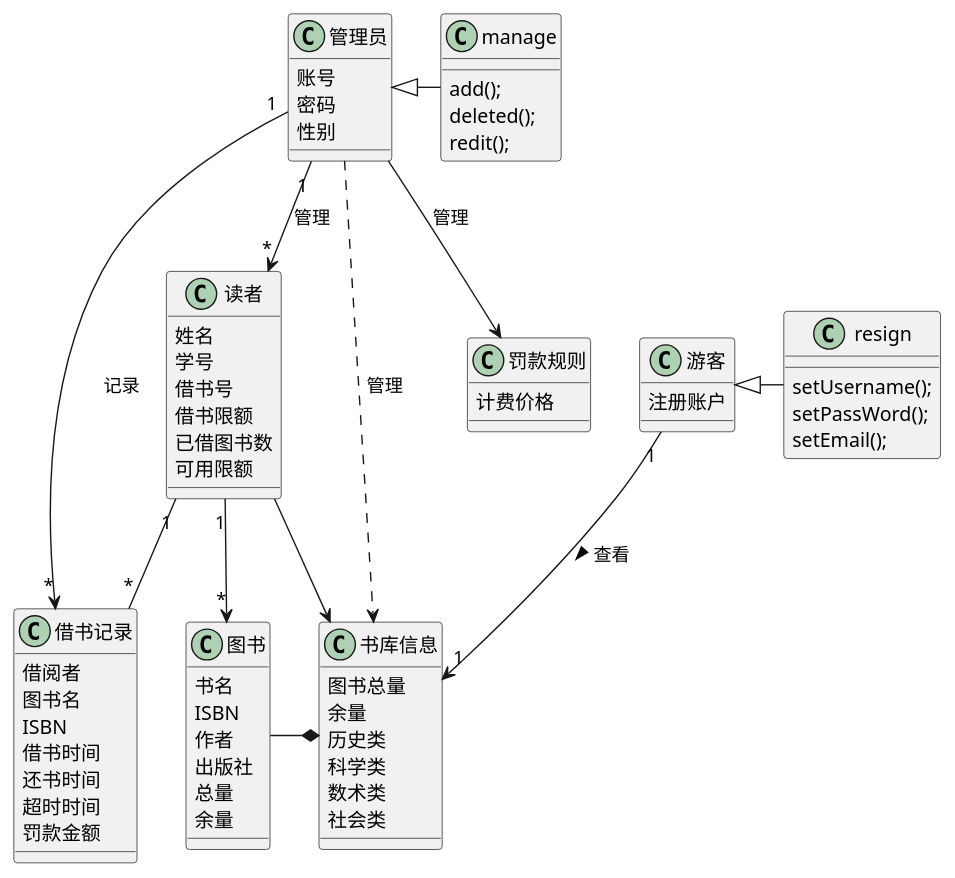
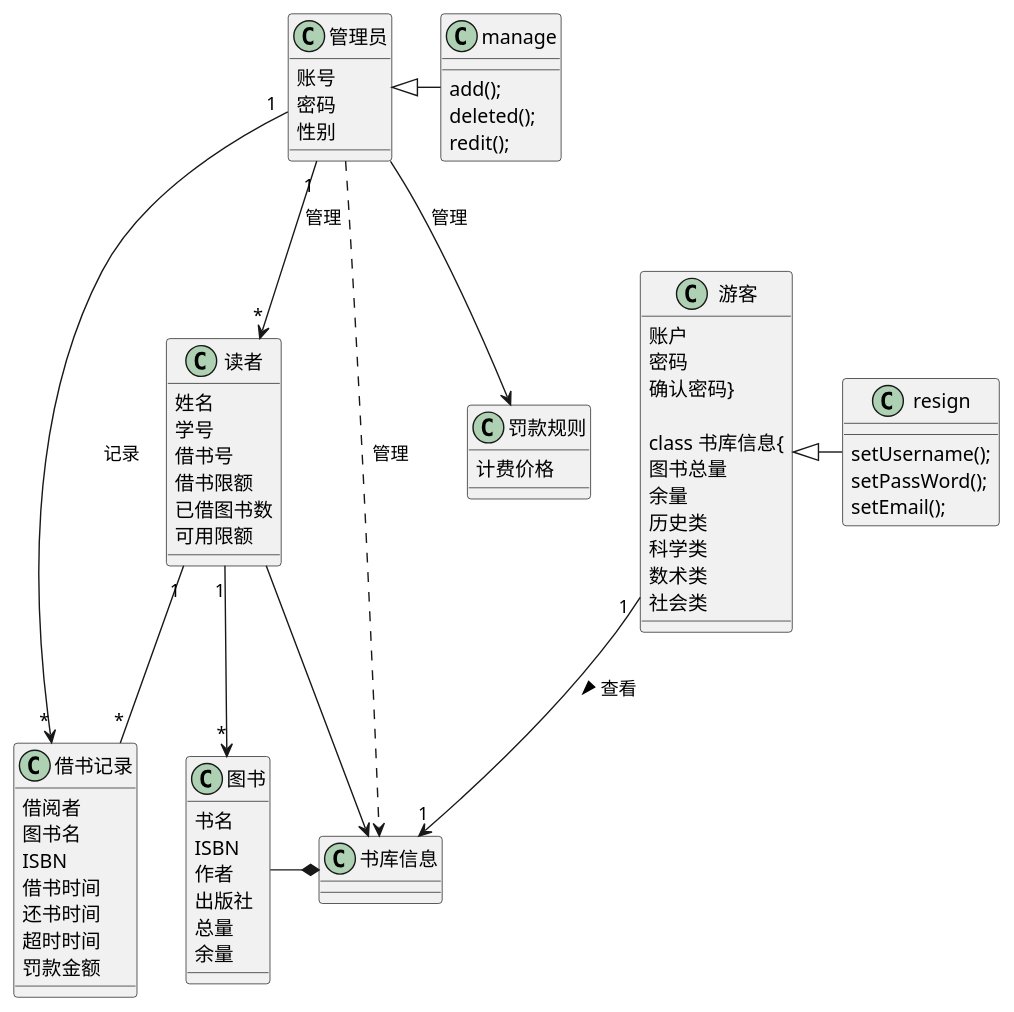
The first of 8 diagrams in test3/Readme.md (1095729006/is_analysis-3), drawn with PlantUML before and after one commit. The commit also changed other lines of this file and 5 other files, not shown here.

```diff
--- a/test3/Readme.md
+++ b/test3/Readme.md
@@ -10,72 +10,73 @@
 @startuml
 class 读者{
 姓名
 学号
 借书号
 借书限额
 已借图书数
 可用限额
 }
 
 class 管理员{
 账号
 密码
 性别
 }
 
 class 游客{
- 注册账户
-}
+ 账户
+ 密码
+ 确认密码}
 
 class 书库信息{
 图书总量
 余量
 历史类
 科学类
 数术类
 社会类
 }
 class 图书{
 书名
 ISBN
 作者
 出版社
 总量
 余量
 }
 class 借书记录{
 借阅者
 图书名
 ISBN
 借书时间
 还书时间
 超时时间
 罚款金额
 }
 class 罚款规则{
 计费价格
 }
 
 管理员"1" -->"*" 读者 :管理
 管理员 ..> 书库信息:管理
 管理员"1"->"*"借书记录:记录
 管理员-->罚款规则:管理
 读者"1"-->"*"图书
 读者->书库信息
 读者"1"--"*"借书记录
 游客"1"-->"1"书库信息:查看 >
 图书-*书库信息
 管理员<|- manage
 object manage{
 add();
 deleted();
 redit();
 }
 游客<|- resign
 object resign{
 setUsername();
 setPassWord();
 setEmail();
 }
 
 @enduml
```
